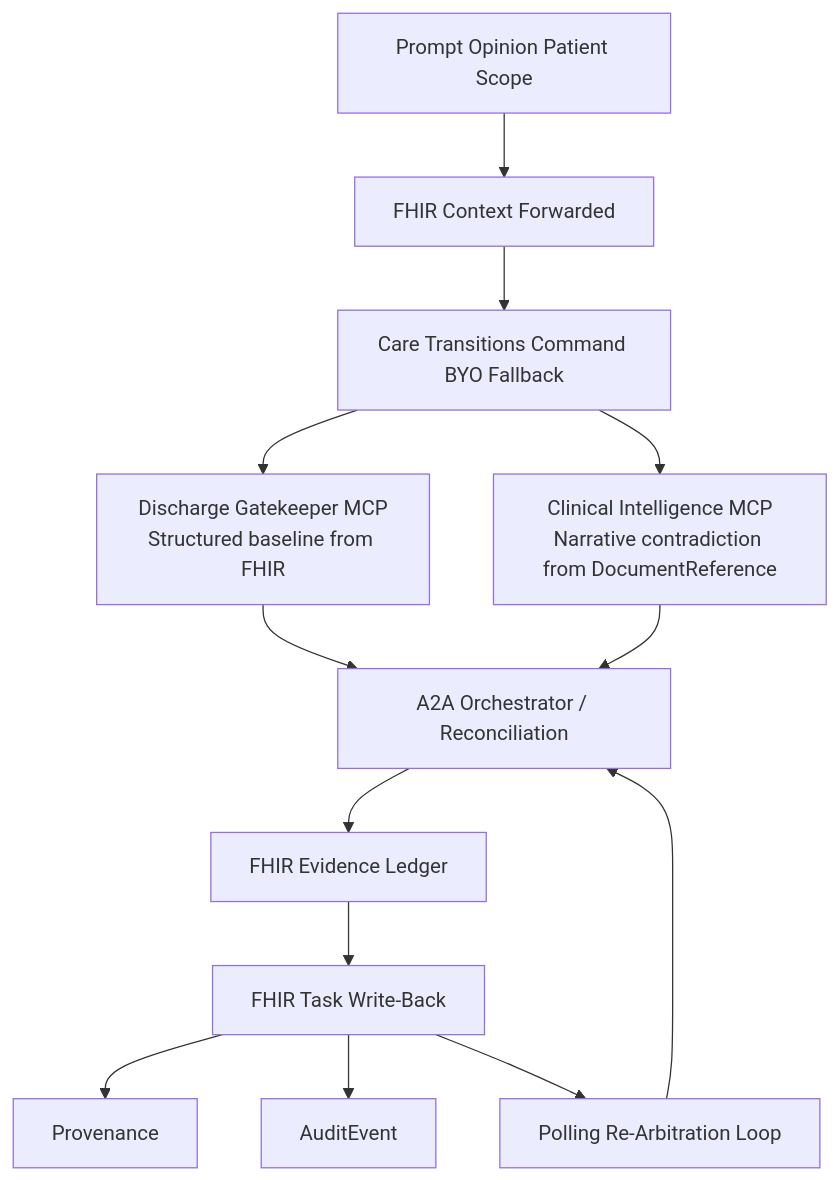
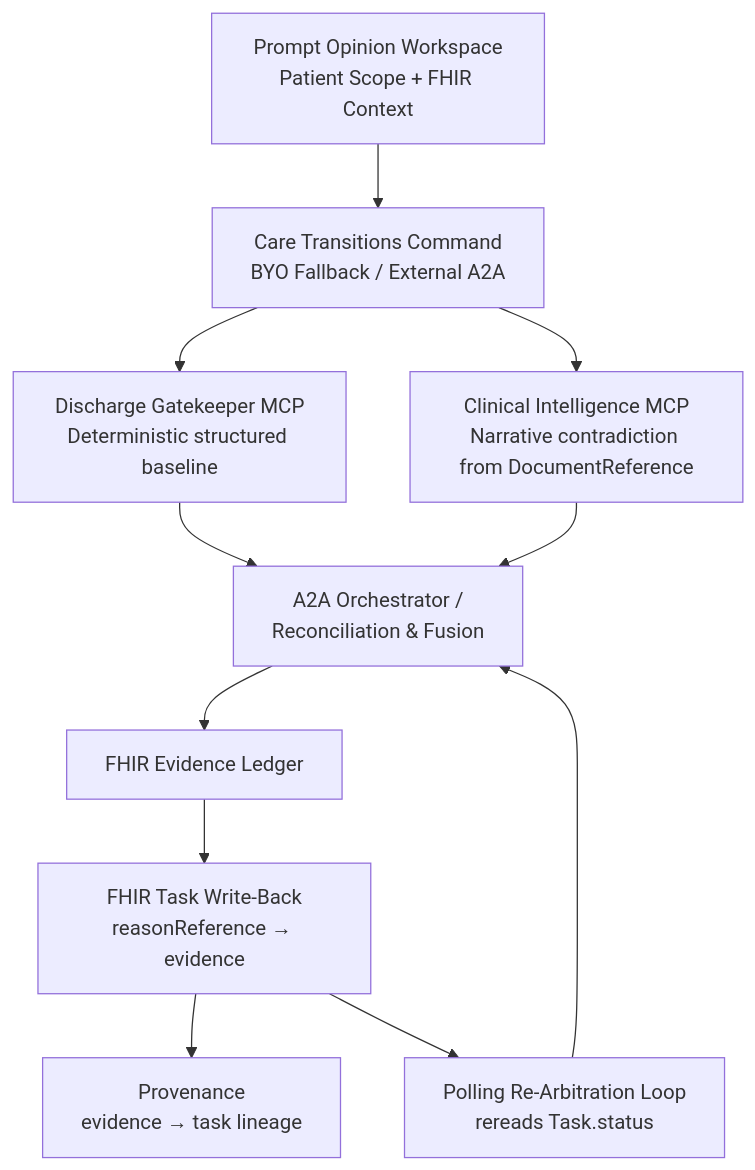
The first of 2 diagrams in README.md (Arshgill01/Discharge-Gatekeeper), drawn with Mermaid before and after one commit. The commit also changed other lines of this file and 1 other file, not shown here.

````diff
--- a/README.md
+++ b/README.md
@@ -70,15 +48,13 @@
-```mermaid id="68xkzi"
+```mermaid
 flowchart TD
-  PO[Prompt Opinion Patient Scope] --> FHIR[FHIR Context Forwarded]
-  FHIR --> BYO[Care Transitions Command BYO Fallback]
-  BYO --> DGK[Discharge Gatekeeper MCP<br/>Structured baseline from FHIR]
-  BYO --> CI[Clinical Intelligence MCP<br/>Narrative contradiction from DocumentReference]
-  DGK --> ORCH[A2A Orchestrator / Reconciliation]
-  CI --> ORCH
-  ORCH --> LEDGER[FHIR Evidence Ledger]
-  LEDGER --> TASK[FHIR Task Write-Back]
-  TASK --> PROV[Provenance]
-  TASK --> AUDIT[AuditEvent]
-  TASK --> REARB[Polling Re-Arbitration Loop]
-  REARB --> ORCH
+    PO["Prompt Opinion Workspace<br/>Patient Scope + FHIR Context"] --> BYO["Care Transitions Command<br/>BYO Fallback / External A2A"]
+    BYO --> DGK["Discharge Gatekeeper MCP<br/>Deterministic structured baseline"]
+    BYO --> CI["Clinical Intelligence MCP<br/>Narrative contradiction from DocumentReference"]
+    DGK --> ORCH["A2A Orchestrator /<br/>Reconciliation & Fusion"]
+    CI --> ORCH
+    ORCH --> LEDGER["FHIR Evidence Ledger"]
+    LEDGER --> TASK["FHIR Task Write-Back<br/>reasonReference → evidence"]
+    TASK --> PROV["Provenance<br/>evidence → task lineage"]
+    TASK --> REARB["Polling Re-Arbitration Loop<br/>rereads Task.status"]
+    REARB --> ORCH
 ```
````
